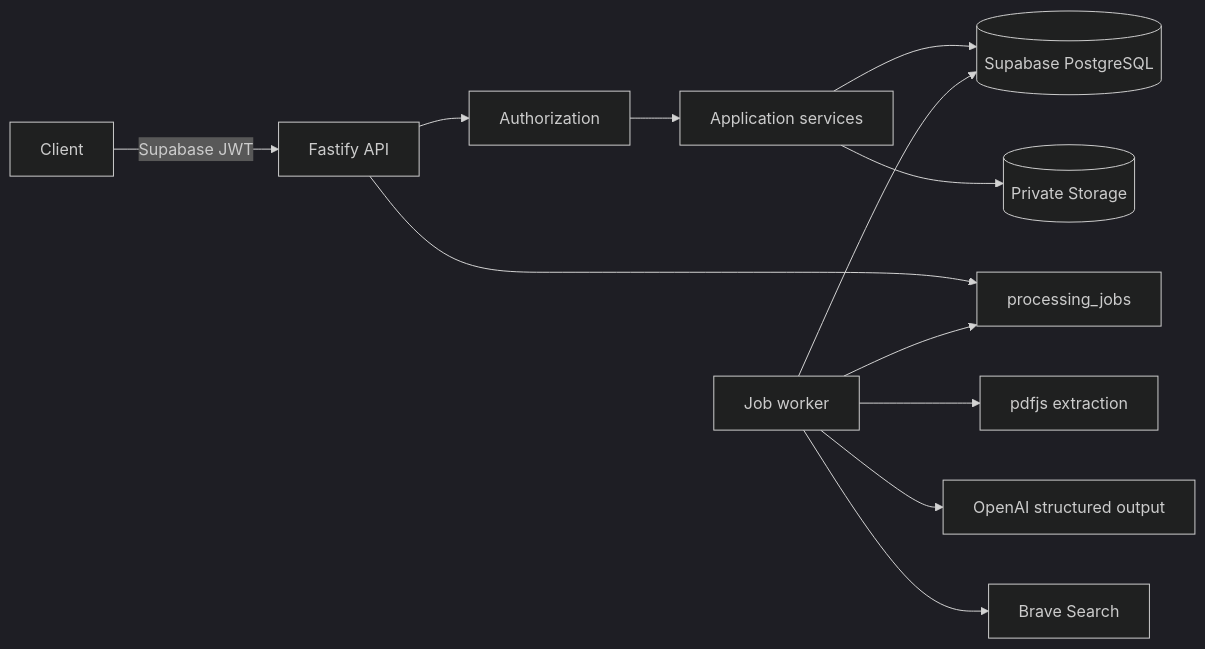
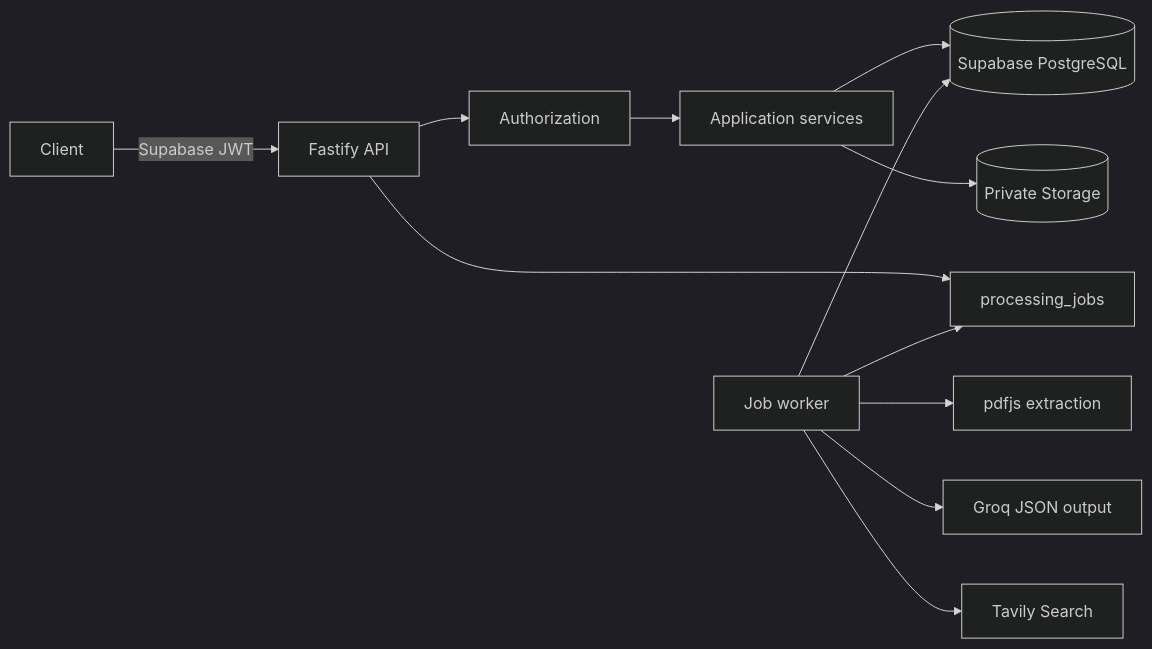
One commit to BLESTRIX/VC_Mind changed the diagram in docs/backend-architecture.md. Above: the diagram before and after it, drawn with Mermaid (dark theme). The commit also changed 33 other files, not shown here.

````diff
--- a/docs/backend-architecture.md
+++ b/docs/backend-architecture.md
@@ -5,14 +5,14 @@
 ```mermaid
 flowchart LR
   Client -->|Supabase JWT| API[Fastify API]
   API --> Auth[Authorization]
   Auth --> Services[Application services]
   Services --> DB[(Supabase PostgreSQL)]
   Services --> Storage[(Private Storage)]
   API --> Jobs[processing_jobs]
   Worker[Job worker] --> Jobs
   Worker --> PDF[pdfjs extraction]
-  Worker --> AI[OpenAI structured output]
-  Worker --> Search[Brave Search]
+  Worker --> AI[Groq JSON output]
+  Worker --> Search[Tavily Search]
   Worker --> DB
 ```
````
